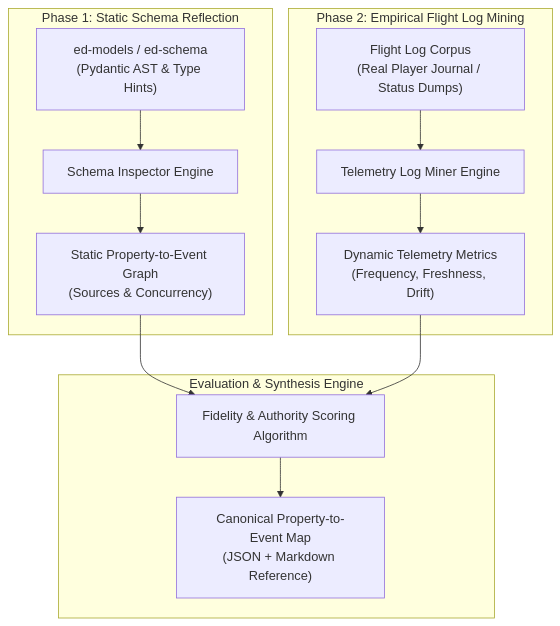
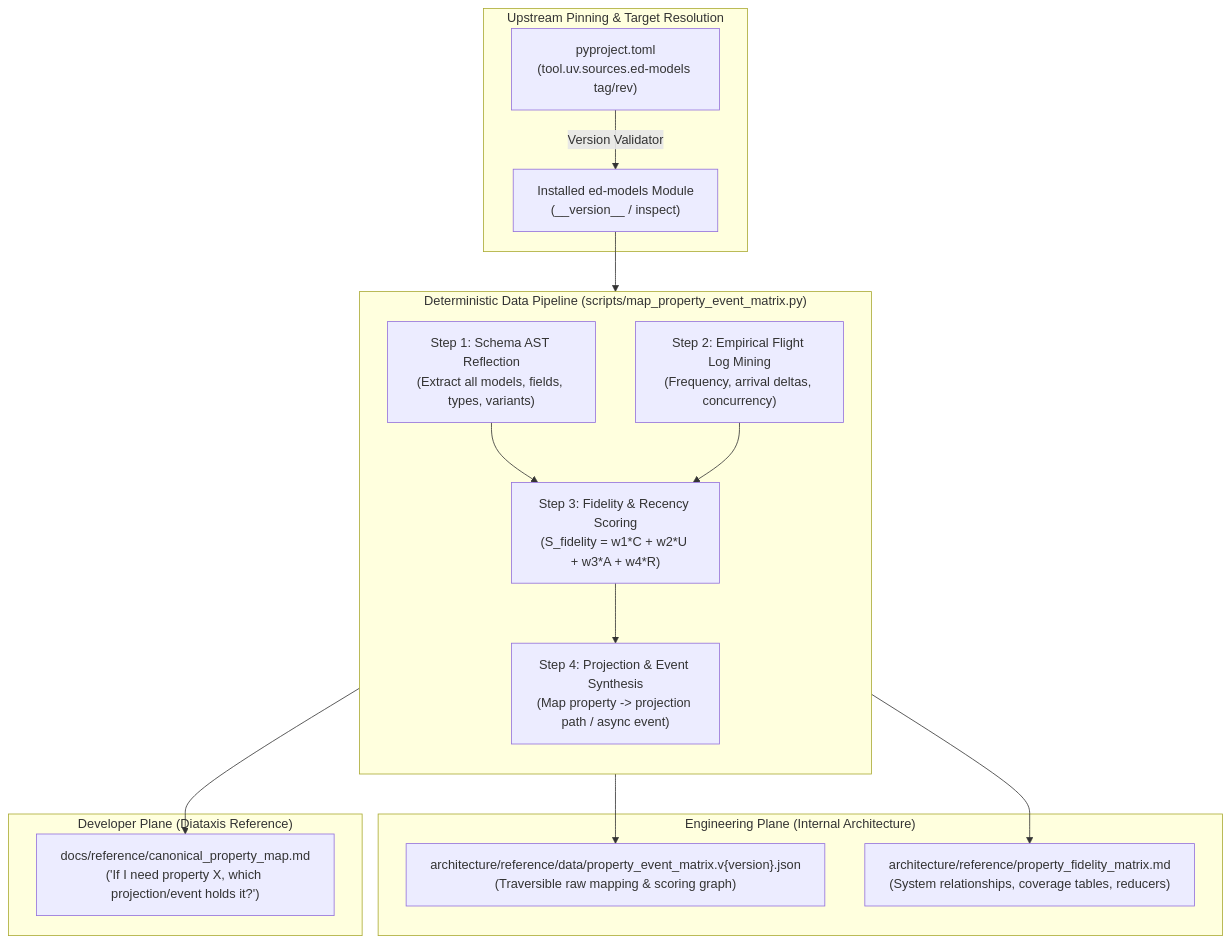
The diagram in architecture/adr/0005_property_event_fidelity_mapping_pipeline.md (mnaatjes/ed-fleet-client), drawn with Mermaid before and after one commit. The commit also changed other lines of this file, not shown here.

Commit message:
docs(adr): enrich ADR 0005 with repeatable data pipeline, version targeting, and dual-plane artifacts

````diff
--- a/architecture/adr/0005_property_event_fidelity_mapping_pipeline.md
+++ b/architecture/adr/0005_property_event_fidelity_mapping_pipeline.md
@@ -35,24 +37,34 @@
 ```mermaid
 flowchart TD
-    subgraph Phase1 ["Phase 1: Static Schema Reflection"]
-        SchemaModels["ed-models / ed-schema\n(Pydantic AST & Type Hints)"]
-        InspectScript["Schema Inspector Engine"]
-        SchemaMatrix["Static Property-to-Event Graph\n(Sources & Concurrency)"]
-        SchemaModels --> InspectScript --> SchemaMatrix
+    subgraph Upstream ["Upstream Pinning & Target Resolution"]
+        Pyproject["pyproject.toml\n(tool.uv.sources.ed-models tag/rev)"]
+        EnvModels["Installed ed-models Module\n(__version__ / inspect)"]
+        Pyproject -->|"Version Validator"| EnvModels
     end
 
-    subgraph Phase2 ["Phase 2: Empirical Flight Log Mining"]
-        FlightLogs["Flight Log Corpus\n(Real Player Journal / Status Dumps)"]
-        LogMiner["Telemetry Log Miner Engine"]
-        EmpiricalMetrics["Dynamic Telemetry Metrics\n(Frequency, Freshness, Drift)"]
-        FlightLogs --> LogMiner --> EmpiricalMetrics
+    subgraph Pipeline ["Deterministic Data Pipeline (scripts/map_property_event_matrix.py)"]
+        direction TB
+        AST["Step 1: Schema AST Reflection\n(Extract all models, fields, types, variants)"]
+        Corpus["Step 2: Empirical Flight Log Mining\n(Frequency, arrival deltas, concurrency)"]
+        Fidelity["Step 3: Fidelity & Recency Scoring\n(S_fidelity = w1*C + w2*U + w3*A + w4*R)"]
+        Synthesis["Step 4: Projection & Event Synthesis\n(Map property -> projection path / async event)"]
+
+        AST --> Fidelity
+        Corpus --> Fidelity
+        Fidelity --> Synthesis
     end
 
-    subgraph Evaluation ["Evaluation & Synthesis Engine"]
-        FidelityEvaluator["Fidelity & Authority Scoring Algorithm"]
-        CanonicalMap["Canonical Property-to-Event Map\n(JSON + Markdown Reference)"]
-        SchemaMatrix --> FidelityEvaluator
-        EmpiricalMetrics --> FidelityEvaluator
-        FidelityEvaluator --> CanonicalMap
+    subgraph EngineeringPlane ["Engineering Plane (Internal Architecture)"]
+        JSONArtifact["architecture/reference/data/property_event_matrix.v{version}.json\n(Traversible raw mapping & scoring graph)"]
+        ArchMarkdown["architecture/reference/property_fidelity_matrix.md\n(System relationships, coverage tables, reducers)"]
     end
+
+    subgraph DeveloperPlane ["Developer Plane (Diataxis Reference)"]
+        DiataxisRef["docs/reference/canonical_property_map.md\n('If I need property X, which projection/event holds it?')"]
+    end
+
+    EnvModels --> AST
+    Synthesis --> JSONArtifact
+    Synthesis --> ArchMarkdown
+    Synthesis --> DiataxisRef
 ```
````
